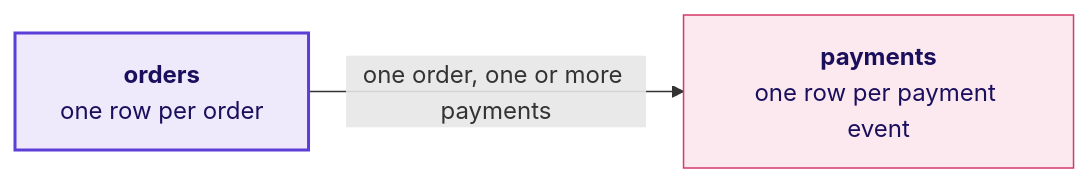
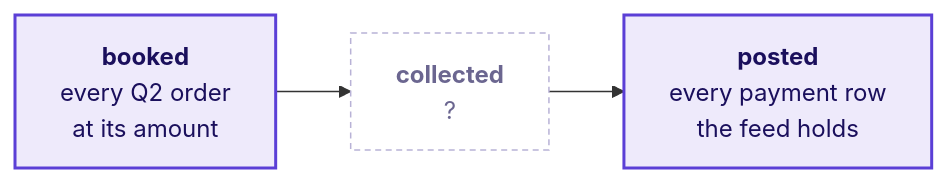
The first of 25 diagrams in content/W02/D2/slides/C2_W02_D02_half1_STUDENT.md (fde-academy-lab/c2-content-factory), drawn with Mermaid before and after one commit. The commit also changed other lines of this file and 11 other files, not shown here.

````diff
--- a/content/W02/D2/slides/C2_W02_D02_half1_STUDENT.md
+++ b/content/W02/D2/slides/C2_W02_D02_half1_STUDENT.md
@@ -52,9 +72,9 @@
 ```mermaid
 flowchart LR
-    O["<b>orders</b><br/>one row per order"] -->|"one order, one or more payments"| P["<b>payments</b><br/>one row per payment event"]
+    B["<b>booked</b><br/>every Q2 order<br/>at its amount"] --> C["<b>collected</b><br/>?"]
+    C --> P["<b>posted</b><br/>every payment row<br/>the feed holds"]
     classDef known fill:#EEEAFB,stroke:#5B3FD6,color:#1A0F5C,stroke-width:2px
-    classDef bad fill:#FBE9EF,stroke:#D63A6A,color:#1A0F5C
     classDef unknown fill:#FFFFFF,stroke:#B8B2D6,color:#6B6690,stroke-dasharray:4 3
-    class O known
-    class P bad
+    class B,P known
+    class C unknown
 ```
````
